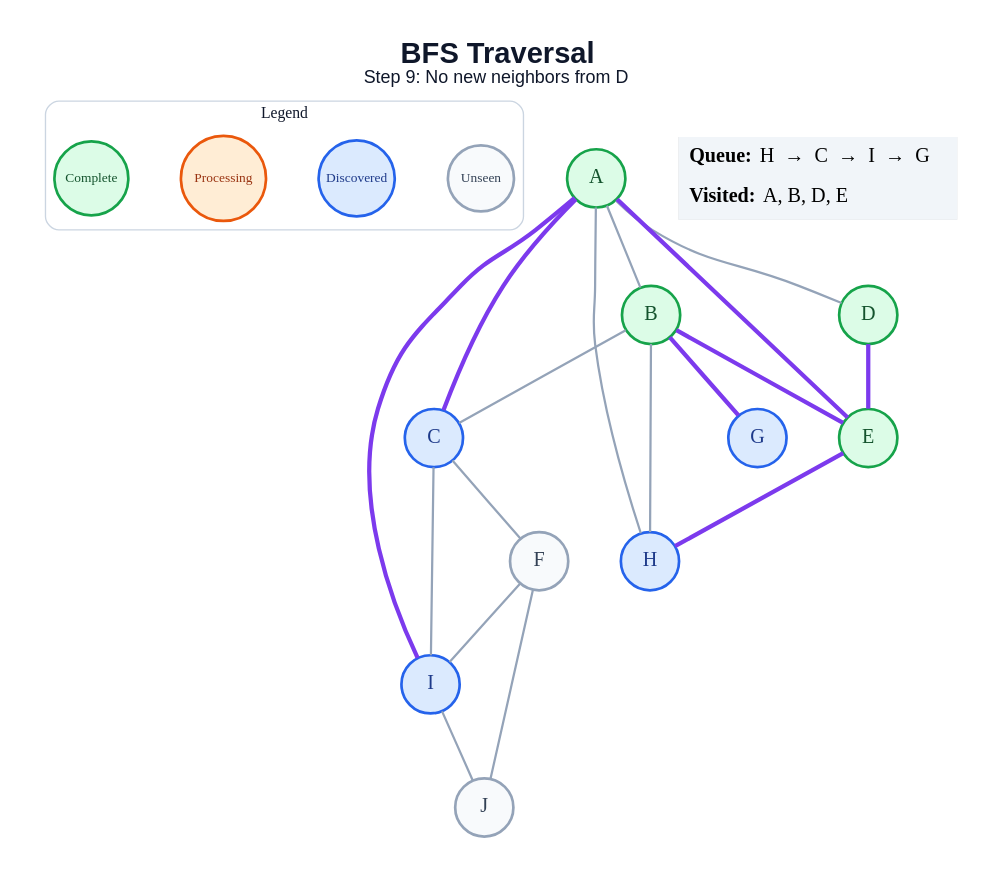
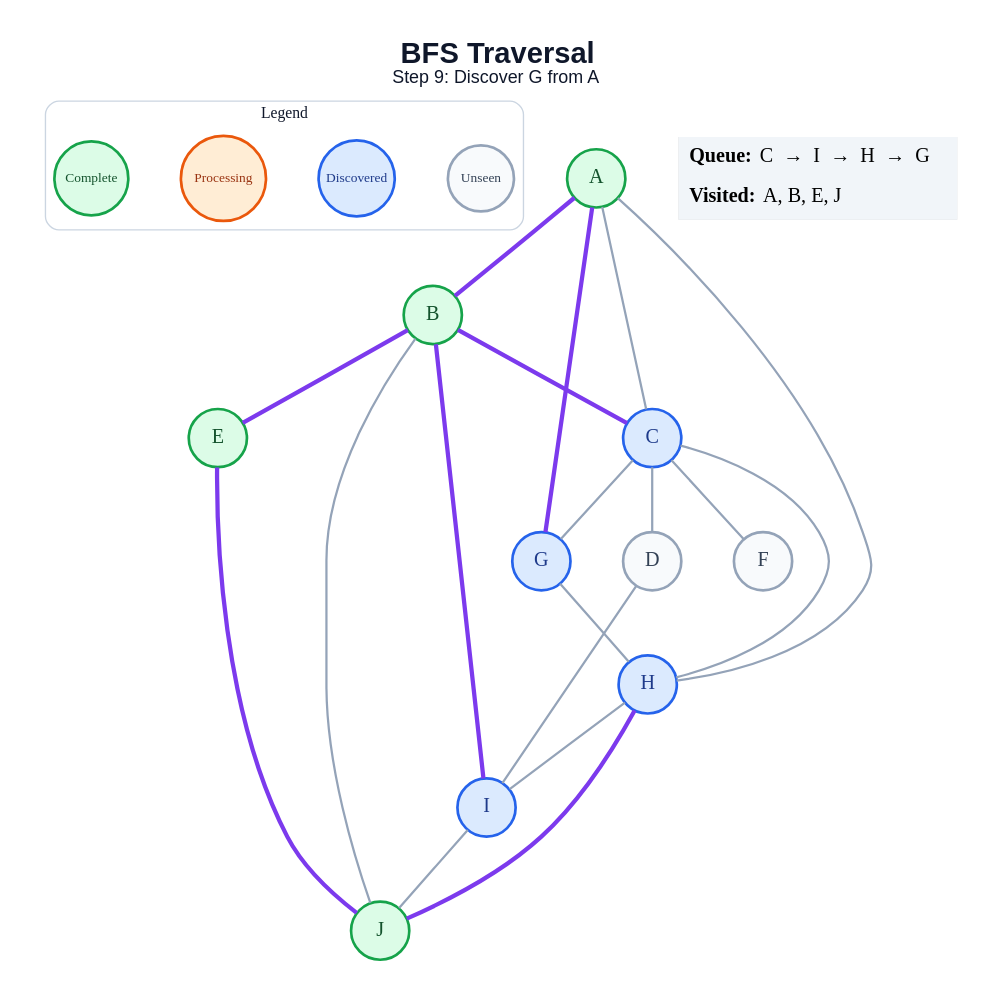
The diagram in generated/specific-node/bfs/step_09.dot (amanghodawala9/ai-slop), drawn with Graphviz before and after one commit. The commit also changed 178 other files, not shown here.

```diff
--- a/generated/specific-node/bfs/step_09.dot
+++ b/generated/specific-node/bfs/step_09.dot
@@ -1,46 +1,47 @@
 graph traversal {
   graph [layout=dot, rankdir=TB, bgcolor="#FFFFFF", pad="0.35", nodesep="0.65", ranksep="0.8", fontname="Arial"];
   node [shape=circle, style="filled", fontname="Arial Bold", fontsize=18, width=0.72, fixedsize=true, penwidth=2.4];
   edge [color="#94A3B8", penwidth=2.0];
-  label=<<B>BFS Traversal</B><BR/><FONT POINT-SIZE="16">Step 9: No new neighbors from D</FONT>>; labelloc="t"; fontsize=26; fontname="Arial"; fontcolor="#0F172A";
+  label=<<B>BFS Traversal</B><BR/><FONT POINT-SIZE="16">Step 9: Discover G from A</FONT>>; labelloc="t"; fontsize=26; fontname="Arial"; fontcolor="#0F172A";
   subgraph cluster_legend { label="Legend"; color="#CBD5E1"; penwidth=1.2; style="rounded"; fontsize=14; fontname="Arial Bold";
     key_unseen [label="Unseen", fillcolor="#F8FAFC", color="#94A3B8", fontcolor="#334155", fontsize=12, width=0.82];
     key_frontier [label="Discovered", fillcolor="#DBEAFE", color="#2563EB", fontcolor="#1E3A8A", fontsize=12, width=0.95];
     key_current [label="Processing", fillcolor="#FFEDD5", color="#EA580C", fontcolor="#9A3412", fontsize=12, width=1.05];
     key_done [label="Complete", fillcolor="#DCFCE7", color="#16A34A", fontcolor="#14532D", fontsize=12, width=0.92];
     { rank=same; key_unseen; key_frontier; key_current; key_done; }
   }
   A [fillcolor="#DCFCE7", color="#16A34A", fontcolor="#14532D"];
   B [fillcolor="#DCFCE7", color="#16A34A", fontcolor="#14532D"];
   C [fillcolor="#DBEAFE", color="#2563EB", fontcolor="#1E3A8A"];
-  D [fillcolor="#DCFCE7", color="#16A34A", fontcolor="#14532D"];
+  D [fillcolor="#F8FAFC", color="#94A3B8", fontcolor="#334155"];
   E [fillcolor="#DCFCE7", color="#16A34A", fontcolor="#14532D"];
   F [fillcolor="#F8FAFC", color="#94A3B8", fontcolor="#334155"];
   G [fillcolor="#DBEAFE", color="#2563EB", fontcolor="#1E3A8A"];
   H [fillcolor="#DBEAFE", color="#2563EB", fontcolor="#1E3A8A"];
   I [fillcolor="#DBEAFE", color="#2563EB", fontcolor="#1E3A8A"];
-  J [fillcolor="#F8FAFC", color="#94A3B8", fontcolor="#334155"];
-  A -- B;
-  A -- C [color="#7C3AED", penwidth=3.8];
-  A -- D;
-  A -- E [color="#7C3AED", penwidth=3.8];
+  J [fillcolor="#DCFCE7", color="#16A34A", fontcolor="#14532D"];
+  A -- B [color="#7C3AED", penwidth=3.8];
+  A -- C;
+  A -- G [color="#7C3AED", penwidth=3.8];
   A -- H;
-  A -- I [color="#7C3AED", penwidth=3.8];
-  B -- C;
+  B -- C [color="#7C3AED", penwidth=3.8];
   B -- E [color="#7C3AED", penwidth=3.8];
-  B -- G [color="#7C3AED", penwidth=3.8];
-  B -- H;
+  B -- I [color="#7C3AED", penwidth=3.8];
+  B -- J;
+  C -- D;
   C -- F;
-  C -- I;
-  D -- E [color="#7C3AED", penwidth=3.8];
-  E -- H [color="#7C3AED", penwidth=3.8];
-  F -- I;
-  F -- J;
+  C -- G;
+  C -- H;
+  D -- I;
+  E -- J [color="#7C3AED", penwidth=3.8];
+  G -- H;
+  H -- I;
+  H -- J [color="#7C3AED", penwidth=3.8];
   I -- J;
   status [shape=plain, fixedsize=false, width=0, height=0, margin=0, label=<
     <TABLE BORDER="0" CELLBORDER="0" CELLPADDING="7" BGCOLOR="#F1F5F9">
-      <TR><TD ALIGN="LEFT"><B>Queue:</B> H  →  C  →  I  →  G</TD></TR>
-      <TR><TD ALIGN="LEFT"><B>Visited:</B> A, B, D, E</TD></TR>
+      <TR><TD ALIGN="LEFT"><B>Queue:</B> C  →  I  →  H  →  G</TD></TR>
+      <TR><TD ALIGN="LEFT"><B>Visited:</B> A, B, E, J</TD></TR>
     </TABLE>
   >];
 }
```
